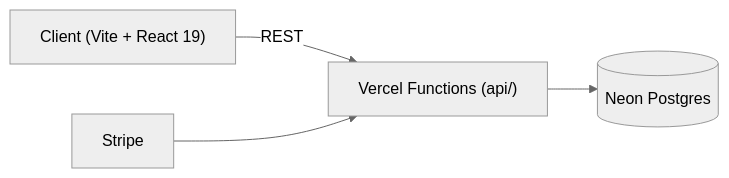
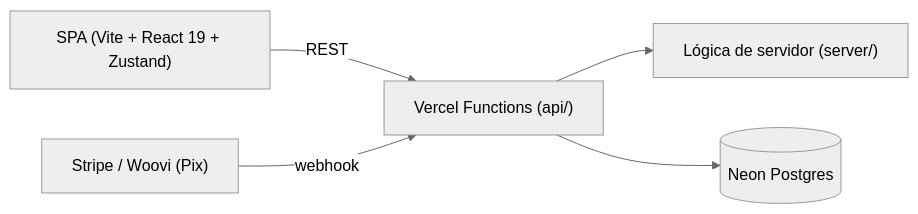
The diagram in ARCHITECTURE.md (matheuscastro12-eng/major-cs), drawn with Mermaid (neutral theme) before and after one commit. The commit also changed other lines of this file and 2 other files, not shown here.

First line of the commit message:
docs: ARCHITECTURE e README com o estado real, versões de save conferidas por teste (O1-41)

````diff
--- a/ARCHITECTURE.md
+++ b/ARCHITECTURE.md
@@ -13,11 +15,13 @@
 ```mermaid
 flowchart LR
-    Client["Client (Vite + React 19)"]
+    Client["SPA (Vite + React 19 + Zustand)"]
     API["Vercel Functions (api/)"]
+    Server["Lógica de servidor (server/)"]
     DB[("Neon Postgres")]
-    Stripe["Stripe"]
+    Pay["Stripe / Woovi (Pix)"]
 
     Client -->|REST| API
+    API --> Server
     API --> DB
-    Stripe --> API
+    Pay -->|webhook| API
 ```
````
